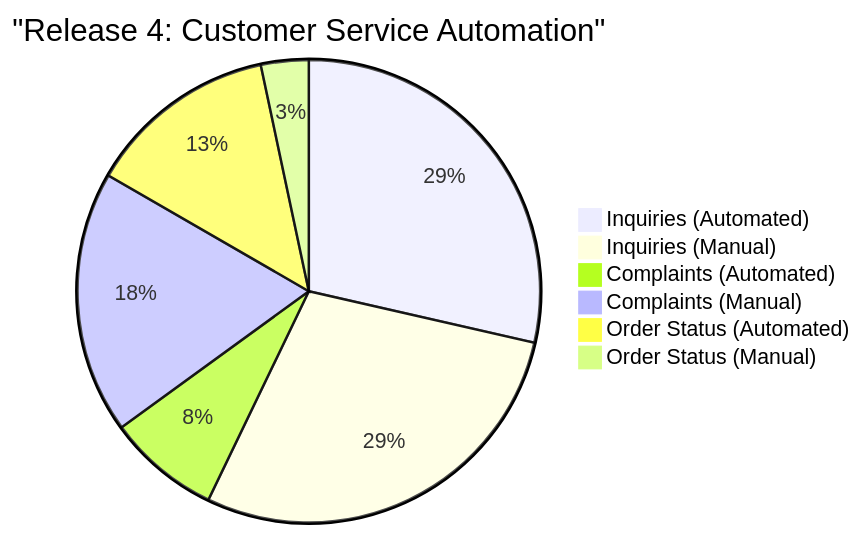
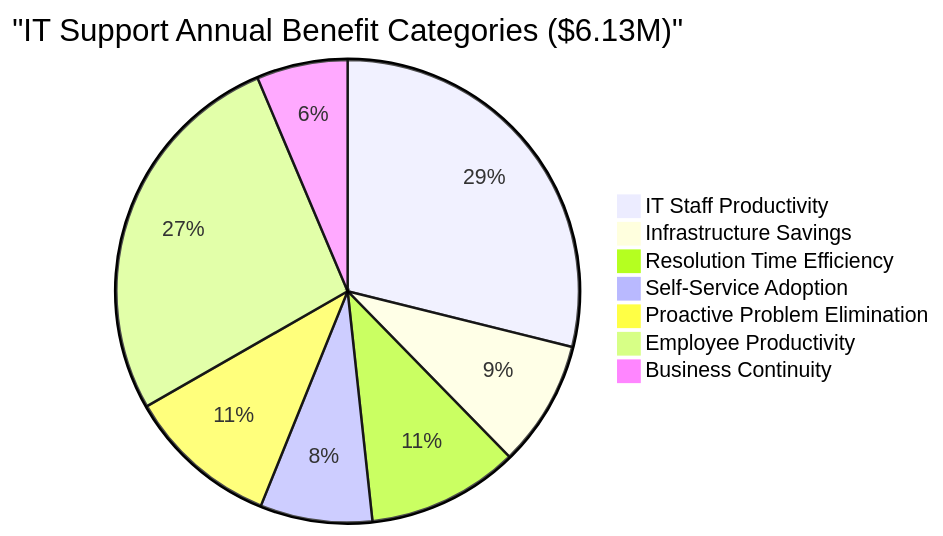
Before and after one commit to ME-ai-agents/docs_prod: diagram 51 of 56 in ME.AI_FDD_v14.md, drawn with Mermaid. The commit also changed other lines of this file, not shown here.

````diff
--- a/ME.AI_FDD_v14.md
+++ b/ME.AI_FDD_v14.md
@@ -3455,9 +3714,10 @@
 ```mermaid
-pie title "Release 4: Customer Service Automation"
-    "Inquiries (Automated)" : 24000
-    "Inquiries (Manual)" : 24000
-    "Complaints (Automated)" : 6600
-    "Complaints (Manual)" : 15400
-    "Order Status (Automated)" : 11200
-    "Order Status (Manual)" : 2800
+pie title "IT Support Annual Benefit Categories ($6.13M)"
+    "IT Staff Productivity" : 1770000
+    "Infrastructure Savings" : 540000
+    "Resolution Time Efficiency" : 650000
+    "Self-Service Adoption" : 480000
+    "Proactive Problem Elimination" : 650000
+    "Employee Productivity" : 1650000
+    "Business Continuity" : 390000
 ```
````
